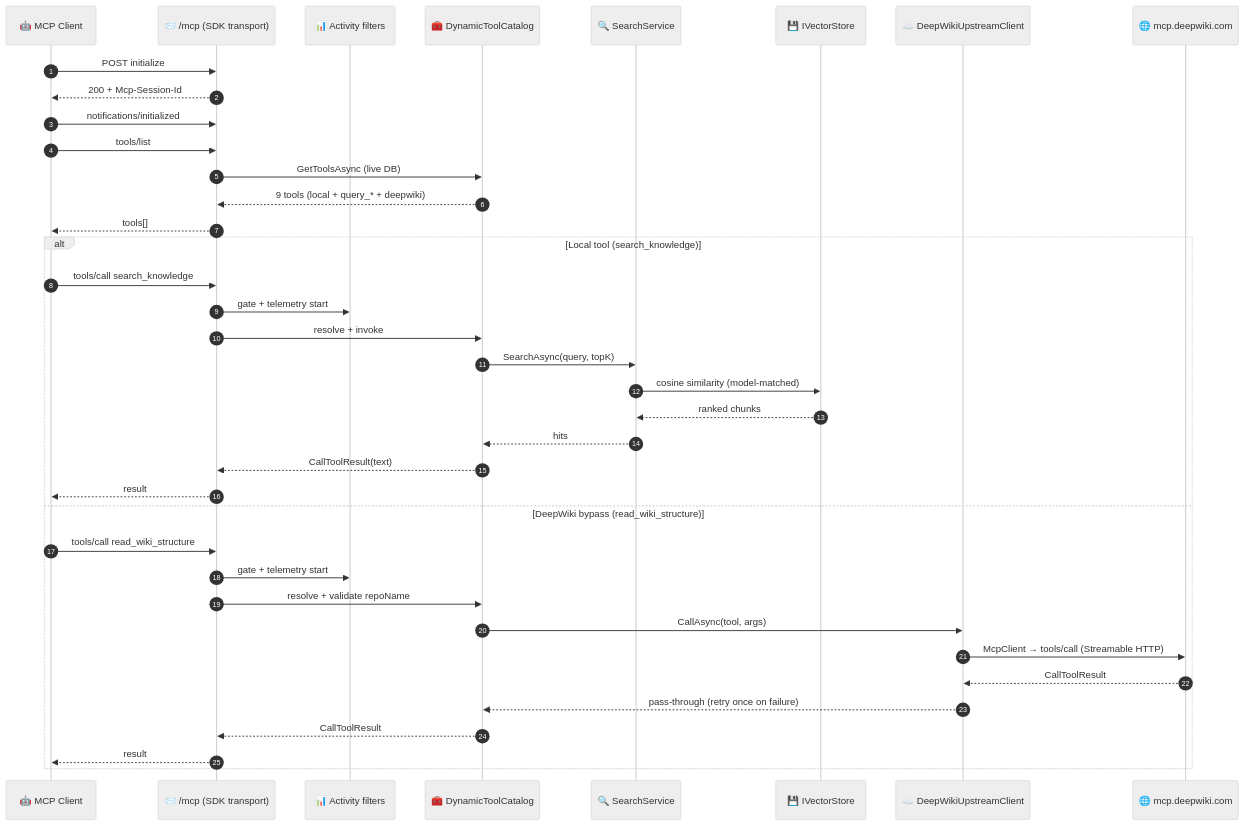
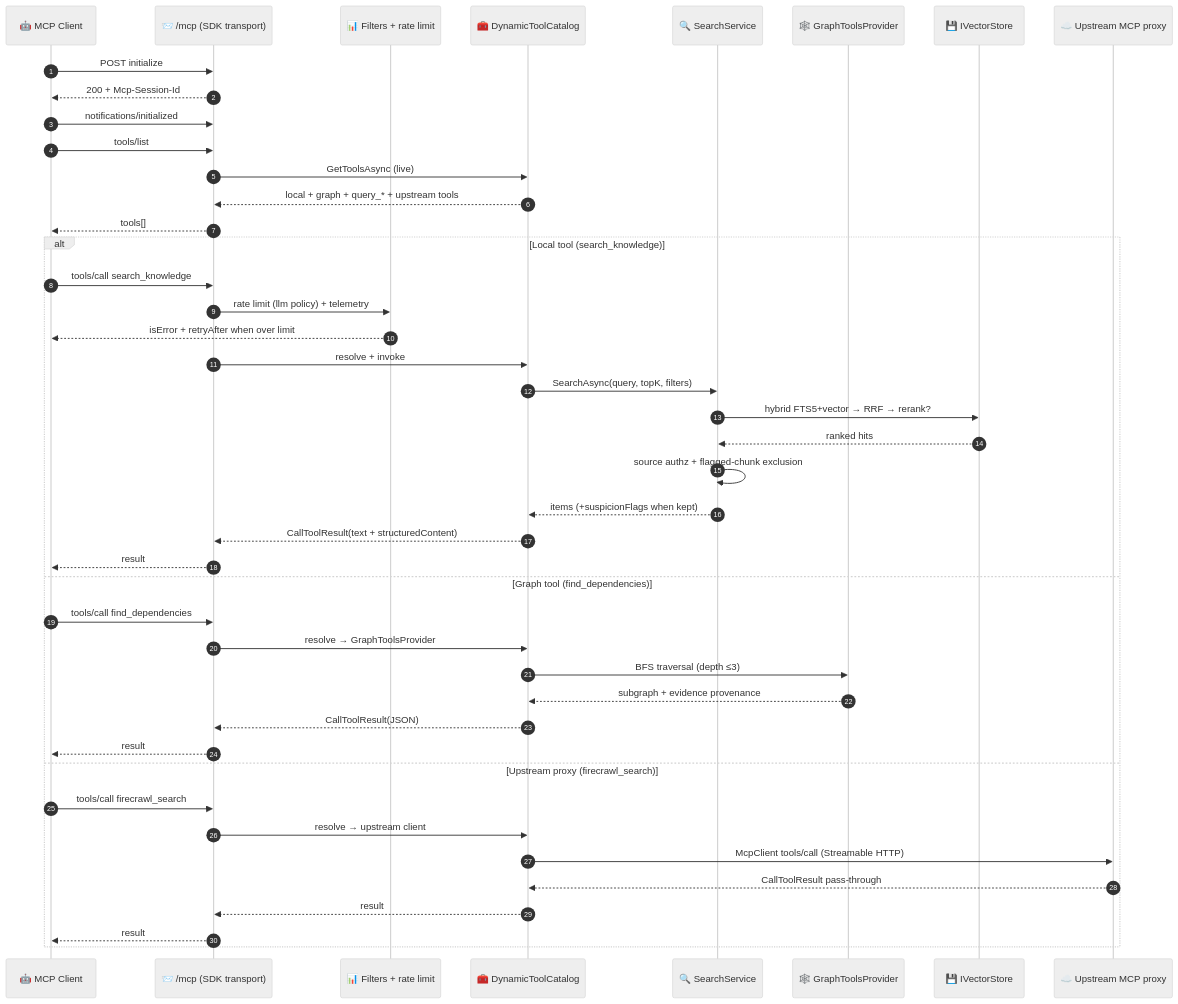
One commit to afonsoft/LangGraph-UI changed the diagram in docs/architecture/knowledge-hub_toolcall_sequence.mmd. Above: the diagram before and after it, drawn with Mermaid. The commit also changed 29 other files, not shown here.

First line of the commit message:
docs: refresh architecture docs, ADRs, READMEs, and aux guides (#173)

```diff
--- a/docs/architecture/knowledge-hub_toolcall_sequence.mmd
+++ b/docs/architecture/knowledge-hub_toolcall_sequence.mmd
@@ -1,41 +1,47 @@
 %%{init: {'theme':'neutral'}}%%
 sequenceDiagram
     autonumber
     participant C as 🤖 MCP Client
     participant K as 📨 /mcp (SDK transport)
-    participant F as 📊 Activity filters
+    participant F as 📊 Filters + rate limit
     participant CAT as 🧰 DynamicToolCatalog
     participant S as 🔍 SearchService
+    participant G as 🕸️ GraphToolsProvider
     participant V as 💾 IVectorStore
-    participant D as ☁️ DeepWikiUpstreamClient
-    participant W as 🌐 mcp.deepwiki.com
+    participant U as ☁️ Upstream MCP proxy
 
     C->>K: POST initialize
     K-->>C: 200 + Mcp-Session-Id
     C->>K: notifications/initialized
     C->>K: tools/list
-    K->>CAT: GetToolsAsync (live DB)
-    CAT-->>K: 9 tools (local + query_* + deepwiki)
+    K->>CAT: GetToolsAsync (live)
+    CAT-->>K: local + graph + query_* + upstream tools
     K-->>C: tools[]
 
     alt Local tool (search_knowledge)
         C->>K: tools/call search_knowledge
-        K->>F: gate + telemetry start
+        K->>F: rate limit (llm policy) + telemetry
+        F-->>C: isError + retryAfter when over limit
         K->>CAT: resolve + invoke
-        CAT->>S: SearchAsync(query, topK)
-        S->>V: cosine similarity (model-matched)
-        V-->>S: ranked chunks
-        S-->>CAT: hits
-        CAT-->>K: CallToolResult(text)
+        CAT->>S: SearchAsync(query, topK, filters)
+        S->>V: hybrid FTS5+vector → RRF → rerank?
+        V-->>S: ranked hits
+        S->>S: source authz + flagged-chunk exclusion
+        S-->>CAT: items (+suspicionFlags when kept)
+        CAT-->>K: CallToolResult(text + structuredContent)
         K-->>C: result
-    else DeepWiki bypass (read_wiki_structure)
-        C->>K: tools/call read_wiki_structure
-        K->>F: gate + telemetry start
-        K->>CAT: resolve + validate repoName
-        CAT->>D: CallAsync(tool, args)
-        D->>W: McpClient → tools/call (Streamable HTTP)
-        W-->>D: CallToolResult
-        D-->>CAT: pass-through (retry once on failure)
-        CAT-->>K: CallToolResult
+    else Graph tool (find_dependencies)
+        C->>K: tools/call find_dependencies
+        K->>CAT: resolve → GraphToolsProvider
+        CAT->>G: BFS traversal (depth ≤3)
+        G-->>CAT: subgraph + evidence provenance
+        CAT-->>K: CallToolResult(JSON)
+        K-->>C: result
+    else Upstream proxy (firecrawl_search)
+        C->>K: tools/call firecrawl_search
+        K->>CAT: resolve → upstream client
+        CAT->>U: McpClient tools/call (Streamable HTTP)
+        U-->>CAT: CallToolResult pass-through
+        CAT-->>K: result
         K-->>C: result
     end
```
